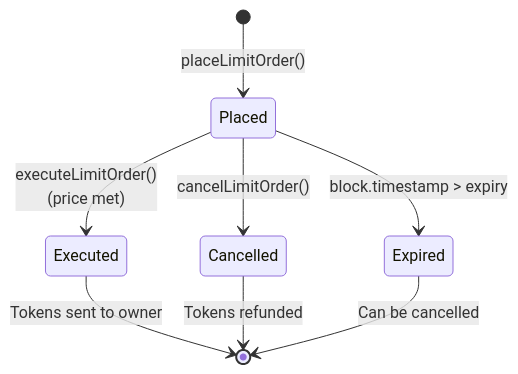
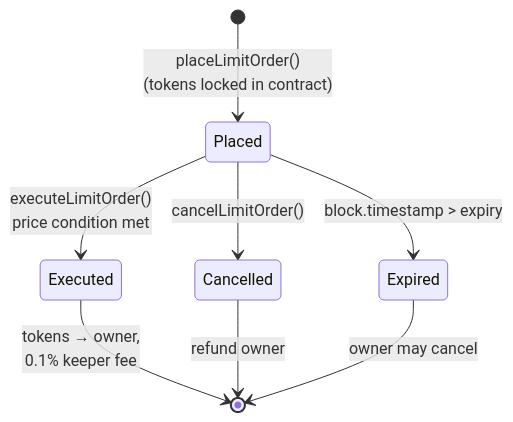
One commit to EzraNahumury/initia changed the fourth of 9 diagrams in sc_RupiahRote/README.md. Above: the diagram before and after it, drawn with Mermaid. The commit also changed other lines of this file and 4 other files, not shown here.

````diff
--- a/sc_RupiahRote/README.md
+++ b/sc_RupiahRote/README.md
@@ -110,10 +172,10 @@
 ```mermaid
 stateDiagram-v2
-    [*] --> Placed: placeLimitOrder()
-    Placed --> Executed: executeLimitOrder()<br/>(price met)
+    [*] --> Placed: placeLimitOrder()<br/>(tokens locked in contract)
+    Placed --> Executed: executeLimitOrder()<br/>price condition met
     Placed --> Cancelled: cancelLimitOrder()
     Placed --> Expired: block.timestamp > expiry
-    Executed --> [*]: Tokens sent to owner
-    Cancelled --> [*]: Tokens refunded
-    Expired --> [*]: Can be cancelled
+    Executed --> [*]: tokens → owner,<br/>0.1% keeper fee
+    Cancelled --> [*]: refund owner
+    Expired --> [*]: owner may cancel
 ```
````
